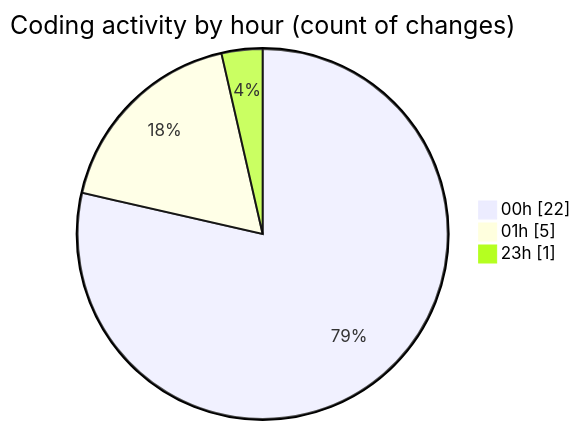
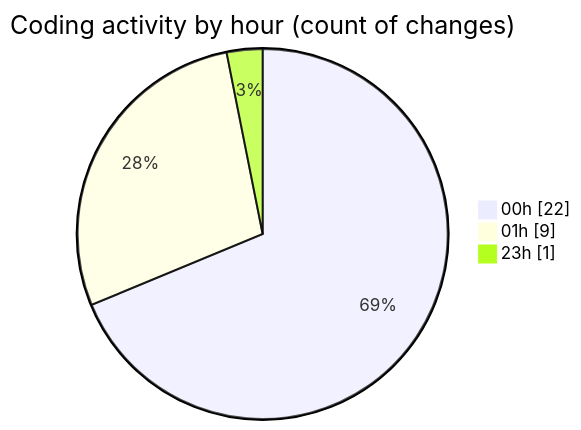
The second of 2 diagrams in 2025-07-29/refunds/README.md (EIIisD/code-tracking), drawn with Mermaid before and after one commit. The commit also changed other lines of this file and 1 other file, not shown here.

````diff
--- a/2025-07-29/refunds/README.md
+++ b/2025-07-29/refunds/README.md
@@ -28,7 +28,7 @@
 ```mermaid
 pie showData
 title Coding activity by hour (count of changes)
 "00h" : 22
-"01h" : 5
+"01h" : 9
 "23h" : 1
 ```
````
